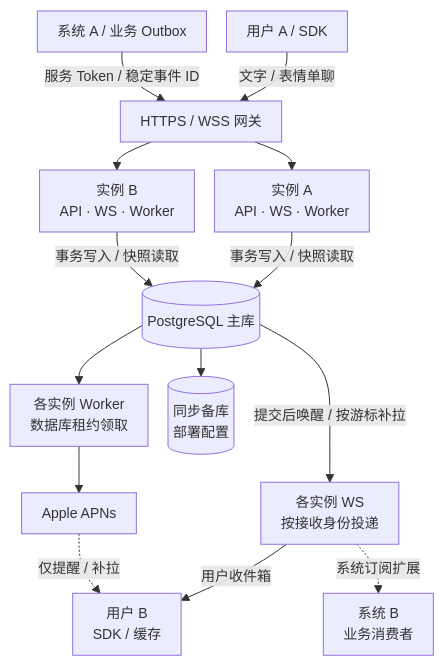
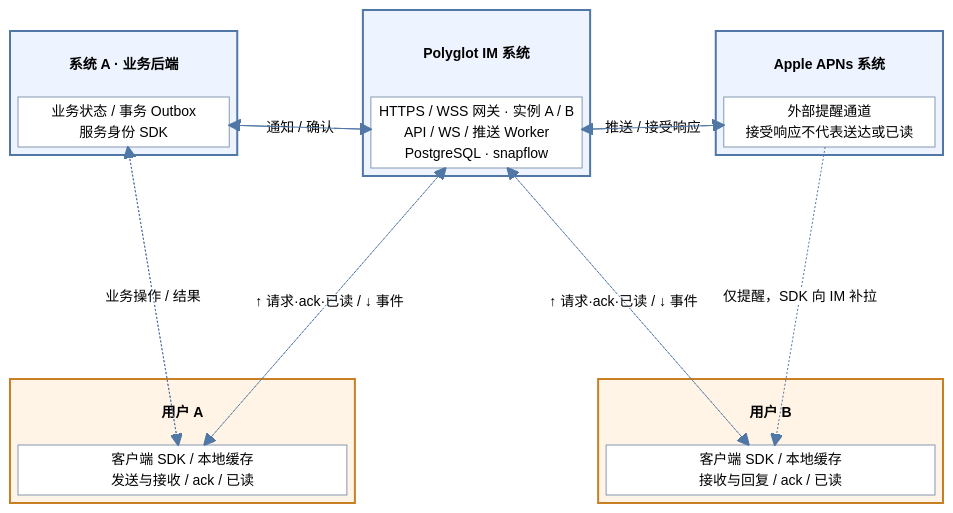
Before and after one commit to bitlap/polyglot-im: the first of 3 diagrams in docs/architecture.md, drawn with Mermaid. The commit also changed other lines of this file and 8 other files, not shown here.

Commit message:
docs: group architecture diagrams by system and user

````diff
--- a/docs/architecture.md
+++ b/docs/architecture.md
@@ -7,18 +7,54 @@
 ```mermaid
-%%{init: {"flowchart": {"nodeSpacing": 20, "rankSpacing": 28, "padding": 10}, "themeVariables": {"fontSize": "14px"}}}%%
-flowchart TB
-  UA["用户 A / SDK"] -->|"文字 / 表情单聊"| G["HTTPS / WSS 网关"]
-  SA["系统 A / 业务 Outbox"] -->|"服务 Token / 稳定事件 ID"| G
-  G --> A["实例 A<br/>API · WS · Worker"]
-  G --> B["实例 B<br/>API · WS · Worker"]
-  A -->|"事务写入 / 快照读取"| DB[("PostgreSQL 主库")]
-  B -->|"事务写入 / 快照读取"| DB
-  DB -->|"提交后唤醒 / 按游标补拉"| WS["各实例 WS<br/>按接收身份投递"]
-  WS -->|"用户收件箱"| UB["用户 B<br/>SDK / 缓存"]
-  WS -.->|"系统订阅扩展"| SB["系统 B<br/>业务消费者"]
-  DB --> W["各实例 Worker<br/>数据库租约领取"]
-  W --> APNs["Apple APNs"]
-  APNs -.->|"仅提醒 / 补拉"| UB
-  DB --> Replica[("同步备库<br/>部署配置")]
-
+%%{init: {"theme": "base", "themeVariables": {"fontSize": "14px", "primaryColor": "#ffffff", "primaryBorderColor": "#8599b2", "primaryTextColor": "#24364b", "lineColor": "#5077a5"}, "themeCSS": ".edge-pattern-dotted { stroke: #c47a1c !important; stroke-width: 2px !important; stroke-dasharray: 4 8 !important; } .edge-pattern-solid { stroke: #5077a5 !important; }"}}%%
+block-beta
+  columns 8
+  block:Business:2
+    columns 1
+    BusinessTitle["系统 A · 业务后端"]
+    SA["业务状态 / 事务 Outbox<br/>服务身份 SDK"]
+  end
+  space
+  block:IM:2
+    columns 1
+    IMTitle["Polyglot IM 系统"]
+    API["HTTPS / WSS 网关 · 实例 A / B<br/>API / WS / 推送 Worker<br/>PostgreSQL · snapflow"]
+  end
+  space
+  block:Apple:2
+    columns 1
+    AppleTitle["Apple APNs 系统"]
+    APNS["外部提醒通道<br/>接受响应不代表送达或已读"]
+  end
+  space:8
+  block:Alice:3
+    columns 1
+    AliceTitle["用户 A"]
+    UA["客户端 SDK / 本地缓存<br/>发送与接收 / ack / 已读"]
+  end
+  space:2
+  block:Bob:3
+    columns 1
+    BobTitle["用户 B"]
+    UB["客户端 SDK / 本地缓存<br/>接收与回复 / ack / 已读"]
+  end
+  SA -- "通知 / 确认" --> API
+  API --> SA
+  API -- "推送 / 接受响应" --> APNS
+  APNS --> API
+  API -. "↑ 请求·ack·已读 / ↓ 事件" .-> UA
+  UA -.-> API
+  API -. "↑ 请求·ack·已读 / ↓ 事件" .-> UB
+  UB -.-> API
+  SA -. "业务操作 / 结果" .-> UA
+  UA -.-> SA
+  APNS -. "仅提醒，SDK 向 IM 补拉" .-> UB
+  style Business fill:#eef4ff,stroke:#5077a5,stroke-width:2px
+  style IM fill:#eef4ff,stroke:#5077a5,stroke-width:2px
+  style Apple fill:#eef4ff,stroke:#5077a5,stroke-width:2px
+  style Alice fill:#fff4e5,stroke:#c98024,stroke-width:2px
+  style Bob fill:#fff4e5,stroke:#c98024,stroke-width:2px
+  classDef title fill:none,stroke:none,font-weight:bold
+  class BusinessTitle,IMTitle,AppleTitle,AliceTitle,BobTitle title
+  classDef component fill:#fff,stroke:#8599b2
+  class SA,API,APNS,UA,UB component
 ```
````
